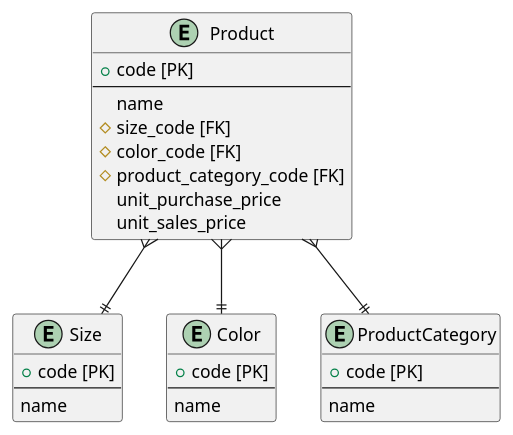
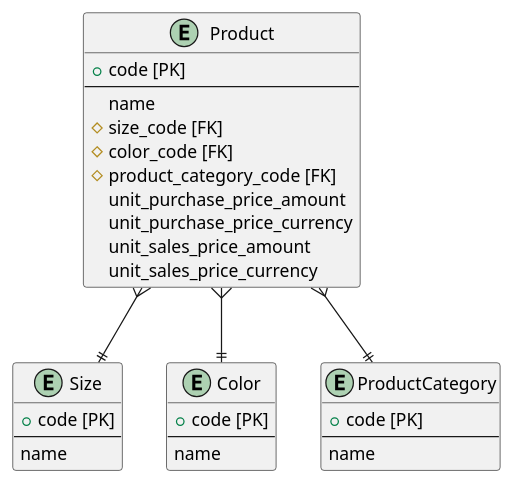
The third of 3 diagrams in docs/dev/sales_modeling/simple_product.md (k2works/etude_for_rails), drawn with PlantUML before and after one commit. The commit also changed other lines of this file and 10 other files, not shown here.

````diff
--- a/docs/dev/sales_modeling/simple_product.md
+++ b/docs/dev/sales_modeling/simple_product.md
@@ -69,30 +72,32 @@
 ```puml
 entity Product {
   + code [PK]
   --
   name
   # size_code [FK]
   # color_code [FK]
   # product_category_code [FK]
-  unit_purchase_price
-  unit_sales_price
+  unit_purchase_price_amount
+  unit_purchase_price_currency
+  unit_sales_price_amount
+  unit_sales_price_currency  
 }
 entity Size {
   + code [PK]
   --
   name
 }
 entity Color {
   + code [PK]
   --
   name
 }
 entity ProductCategory {
   + code [PK]
   --
   name
 }
 Product }-do-||  Size
 Product }-do-|| Color
 Product }-do-|| ProductCategory
 ```
````
